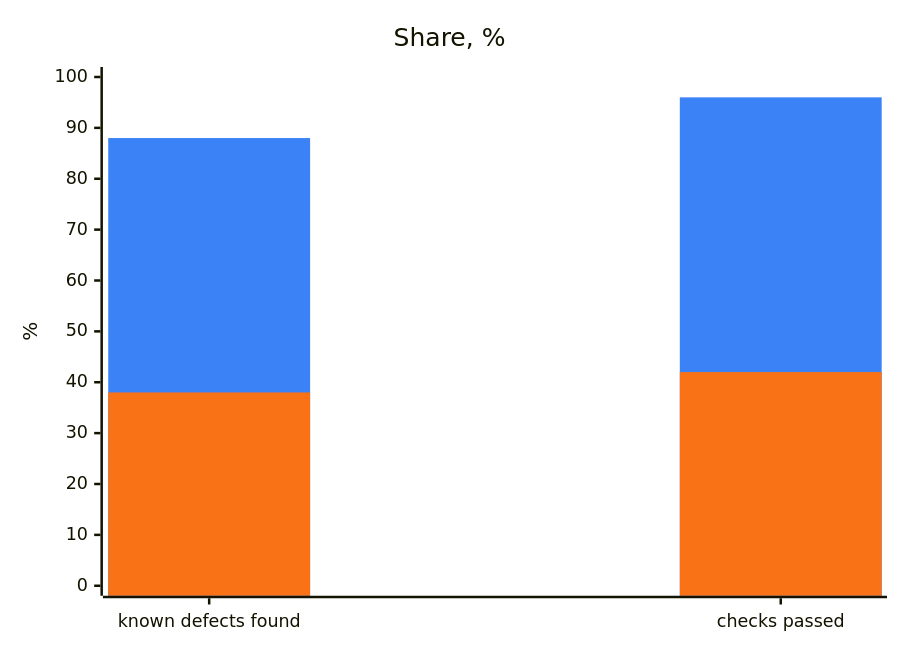
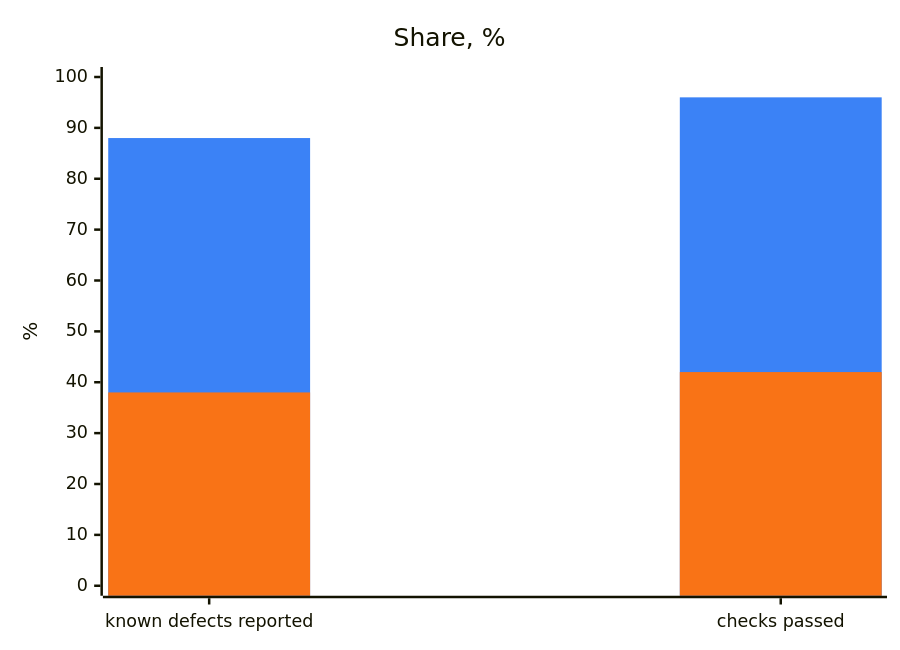
One commit to DyHex/POMWright changed the diagram in website/src/content/docs/skills/defect-review.md. Above: the diagram before and after it, drawn with Mermaid. The commit also changed other lines of this file and 5 other files, not shown here.

````diff
--- a/website/src/content/docs/skills/defect-review.md
+++ b/website/src/content/docs/skills/defect-review.md
@@ -51,9 +54,9 @@
 ```mermaid
 %%{init: {"themeVariables": {"xyChart": {"plotColorPalette": "#3b82f6, #f97316"}}}}%%
 xychart-beta
   title "Share, %"
-  x-axis ["known defects found", "checks passed"]
+  x-axis ["known defects reported", "checks passed"]
   y-axis "%" 0 --> 100
   bar [88, 96]
   bar [38, 42]
 ```
````
